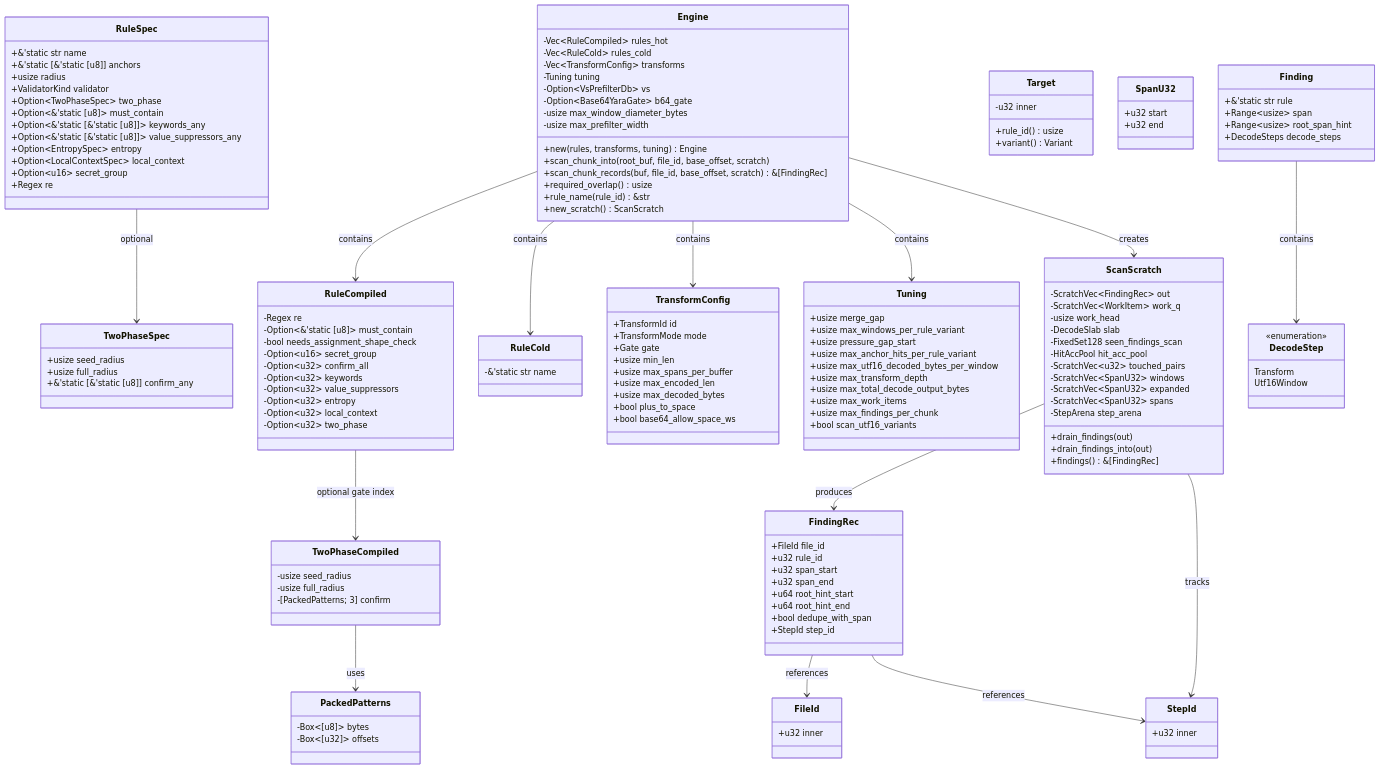
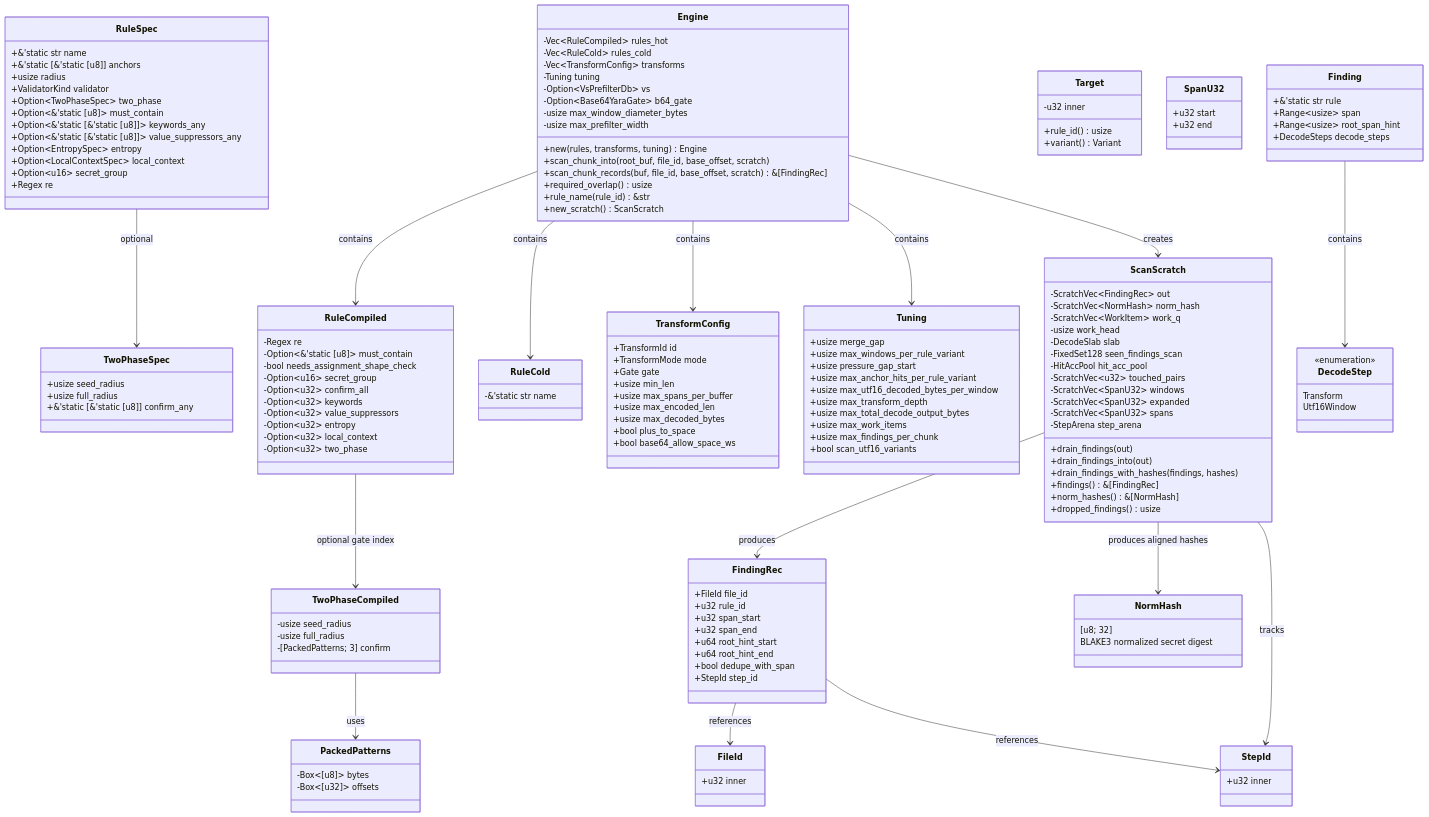
The first of 6 diagrams in docs/data-types.md (ahrav/scratch-scanner-rs), drawn with Mermaid before and after one commit. The commit also changed other lines of this file and 6 other files, not shown here.

```diff
--- a/docs/data-types.md
+++ b/docs/data-types.md
@@ -113,8 +113,14 @@
         +bool scan_utf16_variants
     }
 
+    class NormHash {
+        [u8; 32]
+        BLAKE3 normalized secret digest
+    }
+
     class ScanScratch {
         -ScratchVec~FindingRec~ out
+        -ScratchVec~NormHash~ norm_hash
         -ScratchVec~WorkItem~ work_q
         -usize work_head
         -DecodeSlab slab
@@ -127,7 +133,10 @@
         -StepArena step_arena
         +drain_findings(out)
         +drain_findings_into(out)
+        +drain_findings_with_hashes(findings, hashes)
         +findings() &[FindingRec]
+        +norm_hashes() &[NormHash]
+        +dropped_findings() usize
     }
 
     class Finding {
@@ -173,6 +182,7 @@
     TwoPhaseCompiled --> PackedPatterns : uses
 
     ScanScratch --> FindingRec : produces
+    ScanScratch --> NormHash : produces aligned hashes
     ScanScratch --> StepId : tracks
 
     Finding --> DecodeStep : contains
```
